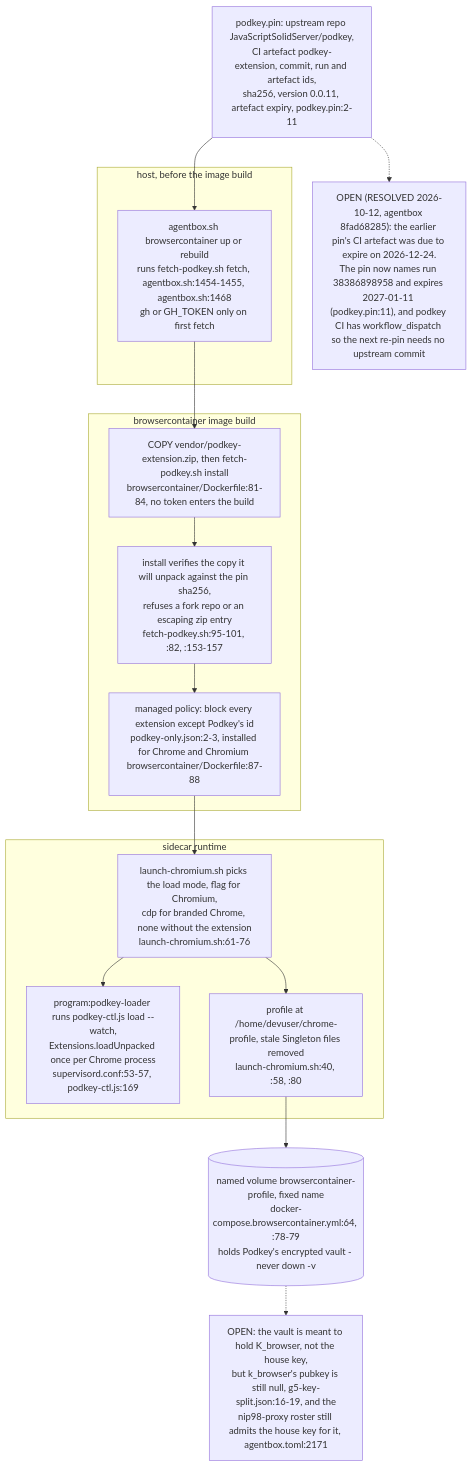
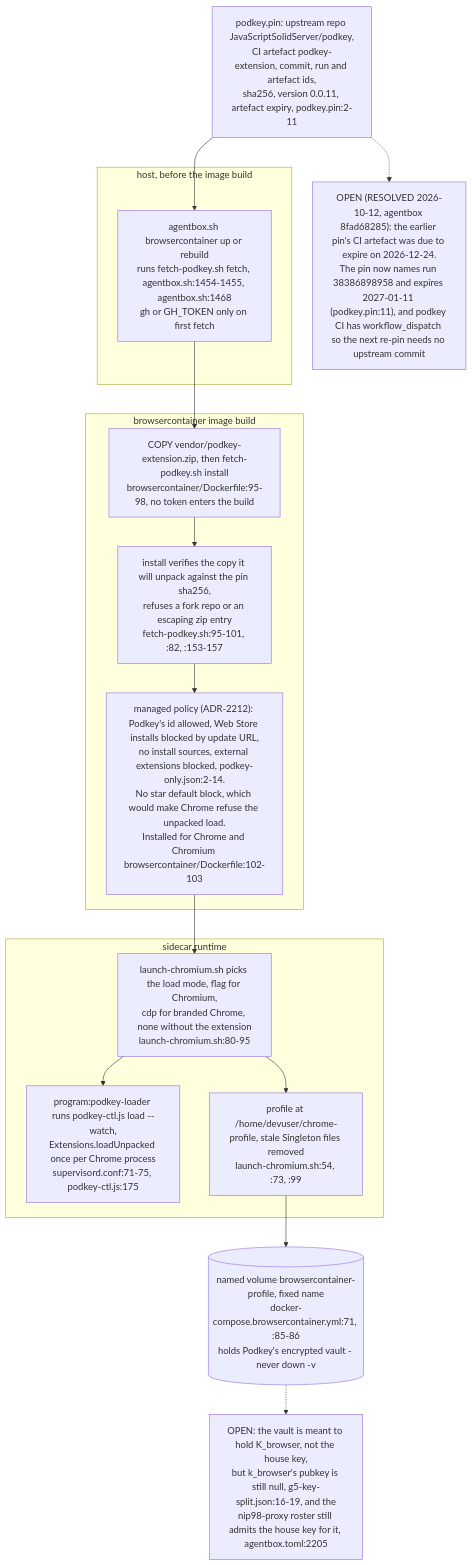
Before and after one commit to DreamLab-AI/VisionFlow: diagram 12 of 14 in docs/diagrams/agentbox/06-sidecars-and-compose-overlays.md, drawn with Mermaid. The commit also changed other lines of this file, not shown here.

````diff
--- a/docs/diagrams/agentbox/06-sidecars-and-compose-overlays.md
+++ b/docs/diagrams/agentbox/06-sidecars-and-compose-overlays.md
@@ -348,22 +362,22 @@
 ```mermaid
 flowchart TB
     PIN["podkey.pin: upstream repo JavaScriptSolidServer/podkey,<br/>CI artefact podkey-extension, commit, run and artefact ids,<br/>sha256, version 0.0.11, artefact expiry, podkey.pin:2-11"]
     subgraph HOST["host, before the image build"]
         F1["agentbox.sh browsercontainer up or rebuild<br/>runs fetch-podkey.sh fetch, agentbox.sh:1454-1455, agentbox.sh:1468<br/>gh or GH_TOKEN only on first fetch"]
     end
     subgraph IMG["browsercontainer image build"]
-        D1["COPY vendor/podkey-extension.zip, then fetch-podkey.sh install<br/>browsercontainer/Dockerfile:81-84, no token enters the build"]
+        D1["COPY vendor/podkey-extension.zip, then fetch-podkey.sh install<br/>browsercontainer/Dockerfile:95-98, no token enters the build"]
         D2["install verifies the copy it will unpack against the pin sha256,<br/>refuses a fork repo or an escaping zip entry<br/>fetch-podkey.sh:95-101, :82, :153-157"]
-        D3["managed policy: block every extension except Podkey's id<br/>podkey-only.json:2-3, installed for Chrome and Chromium browsercontainer/Dockerfile:87-88"]
+        D3["managed policy (ADR-2212): Podkey's id allowed, Web Store installs blocked by update URL,<br/>no install sources, external extensions blocked, podkey-only.json:2-14.<br/>No star default block, which would make Chrome refuse the unpacked load.<br/>Installed for Chrome and Chromium browsercontainer/Dockerfile:102-103"]
     end
     subgraph RUN["sidecar runtime"]
-        L1["launch-chromium.sh picks the load mode, flag for Chromium,<br/>cdp for branded Chrome, none without the extension<br/>launch-chromium.sh:61-76"]
-        L2["program:podkey-loader runs podkey-ctl.js load --watch,<br/>Extensions.loadUnpacked once per Chrome process<br/>supervisord.conf:53-57, podkey-ctl.js:169"]
-        L3["profile at /home/devuser/chrome-profile, stale Singleton files removed<br/>launch-chromium.sh:40, :58, :80"]
+        L1["launch-chromium.sh picks the load mode, flag for Chromium,<br/>cdp for branded Chrome, none without the extension<br/>launch-chromium.sh:80-95"]
+        L2["program:podkey-loader runs podkey-ctl.js load --watch,<br/>Extensions.loadUnpacked once per Chrome process<br/>supervisord.conf:71-75, podkey-ctl.js:175"]
+        L3["profile at /home/devuser/chrome-profile, stale Singleton files removed<br/>launch-chromium.sh:54, :73, :99"]
     end
-    VOL[("named volume browsercontainer-profile, fixed name<br/>docker-compose.browsercontainer.yml:64, :78-79<br/>holds Podkey's encrypted vault - never down -v")]
+    VOL[("named volume browsercontainer-profile, fixed name<br/>docker-compose.browsercontainer.yml:71, :85-86<br/>holds Podkey's encrypted vault - never down -v")]
     PIN --> F1 --> D1 --> D2 --> D3 --> L1 --> L2
     L1 --> L3 --> VOL
-    VOL -.-> OPEN1["OPEN: the vault is meant to hold K_browser, not the house key,<br/>but k_browser's pubkey is still null, g5-key-split.json:16-19, and the<br/>nip98-proxy roster still admits the house key for it, agentbox.toml:2171"]
+    VOL -.-> OPEN1["OPEN: the vault is meant to hold K_browser, not the house key,<br/>but k_browser's pubkey is still null, g5-key-split.json:16-19, and the<br/>nip98-proxy roster still admits the house key for it, agentbox.toml:2205"]
     PIN -.-> OPEN2["OPEN (RESOLVED 2026-10-12, agentbox 8fad68285): the earlier pin's CI artefact was due to expire on 2026-12-24.<br/>The pin now names run 38386898958 and expires 2027-01-11 (podkey.pin:11), and podkey CI has workflow_dispatch so the next re-pin needs no upstream commit"]
 ```
````
